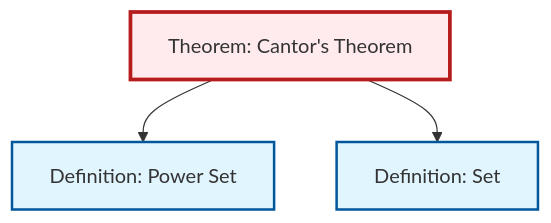
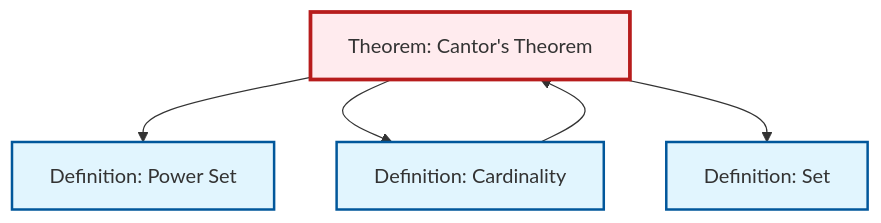
One commit to RK0429/ModernMath changed the second of 2 diagrams in content/ja/logic-set-theory/thm-cantor.qmd. Above: the diagram before and after it, drawn with Mermaid. The commit also changed 581 other files, not shown here.

````diff
--- a/content/ja/logic-set-theory/thm-cantor.qmd
+++ b/content/ja/logic-set-theory/thm-cantor.qmd
@@ -72,17 +72,21 @@
 ```{mermaid}
 %%| fig-cap: "Local dependency graph"
 graph TD
     classDef definition fill:#e1f5fe,stroke:#01579b,stroke-width:2px
     classDef theorem fill:#f3e5f5,stroke:#4a148c,stroke-width:2px
     classDef axiom fill:#fff3e0,stroke:#e65100,stroke-width:2px
     classDef example fill:#e8f5e9,stroke:#1b5e20,stroke-width:2px
     classDef current fill:#ffebee,stroke:#b71c1c,stroke-width:3px
     def-power-set["Definition: Power Set"]:::definition
+    thm-cantor["Theorem: Cantor's Theorem"]:::theorem
+    def-cardinality["Definition: Cardinality"]:::definition
     def-set["Definition: Set"]:::definition
-    thm-cantor["Theorem: Cantor's Theorem"]:::theorem
     thm-cantor --> def-power-set
+    thm-cantor --> def-cardinality
+    def-cardinality --> thm-cantor
     thm-cantor --> def-set
     class thm-cantor current
     click def-power-set "def-power-set.html" "Definition: Power Setへ"
+    click def-cardinality "def-cardinality.html" "Definition: Cardinalityへ"
     click def-set "def-set.html" "Definition: Setへ"
 ```
````
